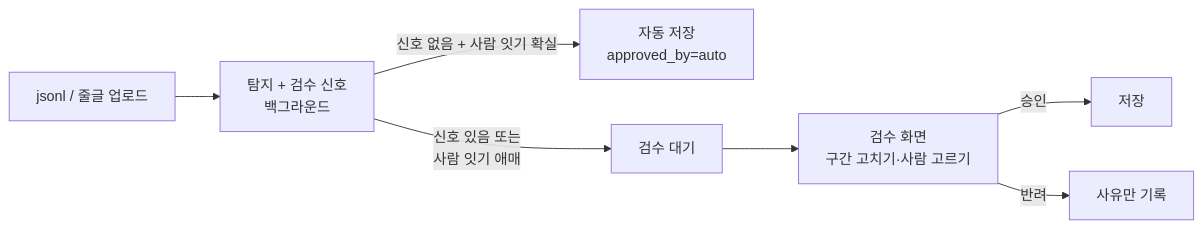
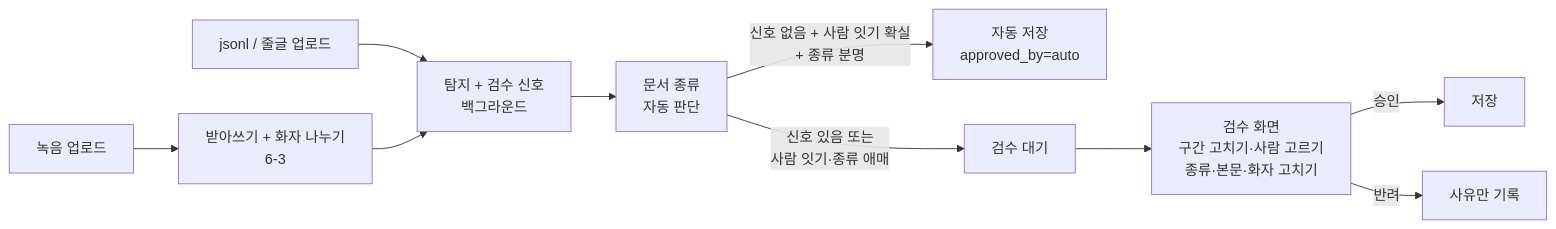
Before and after one commit to BBuSang/likelion-AI-4team: the third of 6 diagrams in 최종프로젝트/README.md, drawn with Mermaid. The commit also changed other lines of this file and 1 other file, not shown here.

````diff
--- a/최종프로젝트/README.md
+++ b/최종프로젝트/README.md
@@ -196,9 +196,11 @@
 ```mermaid
 flowchart LR
     UP[jsonl / 줄글 업로드] --> D[탐지 + 검수 신호<br/>백그라운드]
-    D -->|신호 없음 + 사람 잇기 확실| AUTO[자동 저장<br/>approved_by=auto]
-    D -->|신호 있음 또는<br/>사람 잇기 애매| REV[검수 대기]
-    REV --> H[검수 화면<br/>구간 고치기·사람 고르기]
+    AU[녹음 업로드] --> STT[받아쓰기 + 화자 나누기<br/>6-3] --> D
+    D --> T[문서 종류<br/>자동 판단]
+    T -->|신호 없음 + 사람 잇기 확실<br/>+ 종류 분명| AUTO[자동 저장<br/>approved_by=auto]
+    T -->|신호 있음 또는<br/>사람 잇기·종류 애매| REV[검수 대기]
+    REV --> H[검수 화면<br/>구간 고치기·사람 고르기<br/>종류·본문·화자 고치기]
     H -->|승인| SAVE[저장]
     H -->|반려| REJ[사유만 기록]
 ```
````
